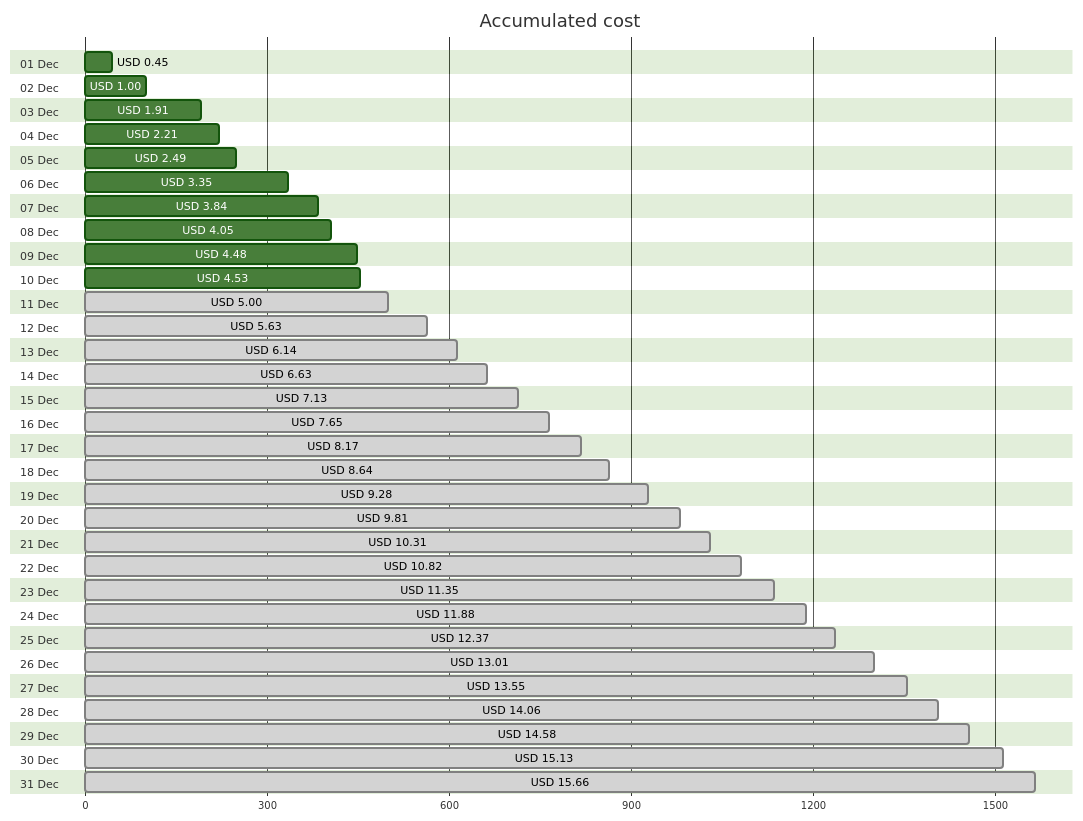
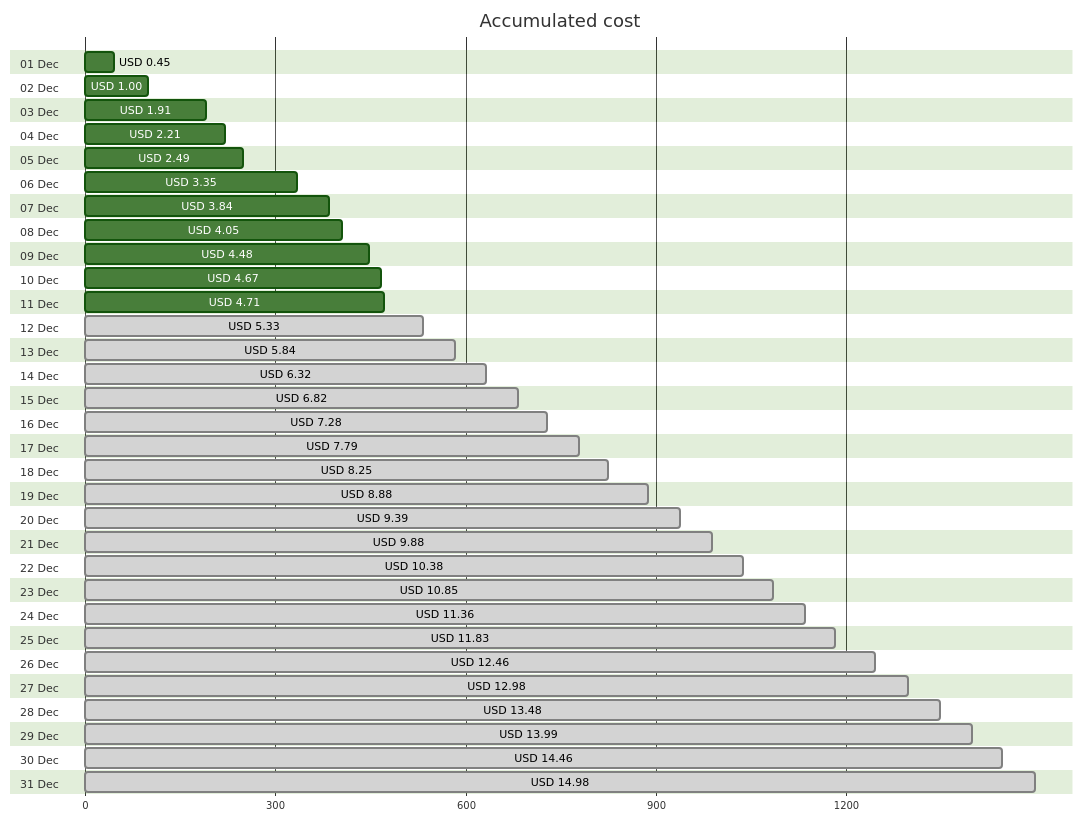
The first of 4 diagrams in cost-reports/personal-network/vpn-server.md (jpfulton/azure-personal-reports), drawn with Mermaid (forest theme) before and after one commit. The commit also changed other lines of this file and 8 other files, not shown here.

````diff
--- a/cost-reports/personal-network/vpn-server.md
+++ b/cost-reports/personal-network/vpn-server.md
@@ -20,68 +20,68 @@
 ```mermaid
 gantt
    title Accumulated cost
    dateFormat  X
    axisFormat %s
    section 01 Dec
    USD 0.45 :0, 45
    section 02 Dec
    USD 1.00 :0, 100
    section 03 Dec
    USD 1.91 :0, 191
    section 04 Dec
    USD 2.21 :0, 221
    section 05 Dec
    USD 2.49 :0, 249
    section 06 Dec
    USD 3.35 :0, 335
    section 07 Dec
    USD 3.84 :0, 384
    section 08 Dec
    USD 4.05 :0, 405
    section 09 Dec
    USD 4.48 :0, 448
    section 10 Dec
-   USD 4.53 :0, 453
+   USD 4.67 :0, 467
    section 11 Dec
-   USD 5.00 : done, 0, 500
+   USD 4.71 :0, 471
    section 12 Dec
-   USD 5.63 : done, 0, 563
+   USD 5.33 : done, 0, 533
    section 13 Dec
-   USD 6.14 : done, 0, 614
+   USD 5.84 : done, 0, 584
    section 14 Dec
-   USD 6.63 : done, 0, 663
+   USD 6.32 : done, 0, 632
    section 15 Dec
-   USD 7.13 : done, 0, 713
+   USD 6.82 : done, 0, 682
    section 16 Dec
-   USD 7.65 : done, 0, 765
+   USD 7.28 : done, 0, 728
    section 17 Dec
-   USD 8.17 : done, 0, 817
+   USD 7.79 : done, 0, 779
    section 18 Dec
-   USD 8.64 : done, 0, 864
+   USD 8.25 : done, 0, 825
    section 19 Dec
-   USD 9.28 : done, 0, 928
+   USD 8.88 : done, 0, 888
    section 20 Dec
-   USD 9.81 : done, 0, 981
+   USD 9.39 : done, 0, 939
    section 21 Dec
-   USD 10.31 : done, 0, 1031
+   USD 9.88 : done, 0, 988
    section 22 Dec
-   USD 10.82 : done, 0, 1082
+   USD 10.38 : done, 0, 1038
    section 23 Dec
-   USD 11.35 : done, 0, 1135
+   USD 10.85 : done, 0, 1085
    section 24 Dec
-   USD 11.88 : done, 0, 1188
+   USD 11.36 : done, 0, 1136
    section 25 Dec
-   USD 12.37 : done, 0, 1237
+   USD 11.83 : done, 0, 1183
    section 26 Dec
-   USD 13.01 : done, 0, 1301
+   USD 12.46 : done, 0, 1246
    section 27 Dec
-   USD 13.55 : done, 0, 1355
+   USD 12.98 : done, 0, 1298
    section 28 Dec
-   USD 14.06 : done, 0, 1406
+   USD 13.48 : done, 0, 1348
    section 29 Dec
-   USD 14.58 : done, 0, 1458
+   USD 13.99 : done, 0, 1399
    section 30 Dec
-   USD 15.13 : done, 0, 1513
+   USD 14.46 : done, 0, 1446
    section 31 Dec
-   USD 15.66 : done, 0, 1566
+   USD 14.98 : done, 0, 1498
 ```
````
